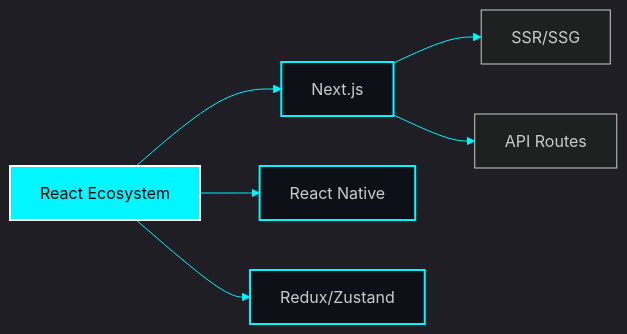
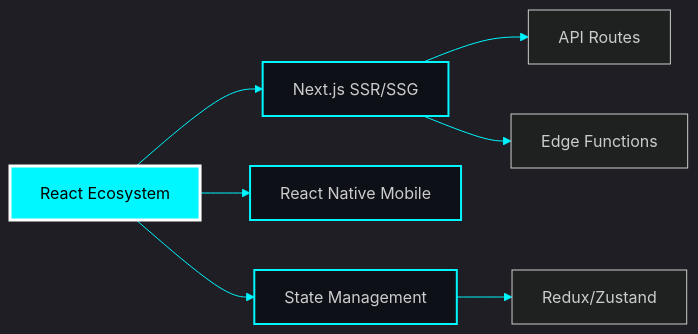
Before and after one commit to peashdasrudra/peashdasrudra: the first of 5 diagrams in README.md, drawn with Mermaid. The commit also changed other lines of this file, not shown here.

````diff
--- a/README.md
+++ b/README.md
@@ -141,13 +148,14 @@
 ```mermaid
 %%{init: {'theme':'dark', 'themeVariables': { 'primaryColor':'#00F7FF','primaryTextColor':'#fff','primaryBorderColor':'#00F7FF','lineColor':'#00F7FF','secondaryColor':'#1a1a1a','tertiaryColor':'#0D1117'}}}%%
 graph LR
-    A[React Ecosystem] --> B[Next.js]
-    A --> C[React Native]
-    A --> D[Redux/Zustand]
-    B --> E[SSR/SSG]
-    B --> F[API Routes]
-    style A fill:#00F7FF,stroke:#fff,stroke-width:2px,color:#000
+    A[React Ecosystem] --> B[Next.js SSR/SSG]
+    A --> C[React Native Mobile]
+    A --> D[State Management]
+    B --> E[API Routes]
+    B --> F[Edge Functions]
+    D --> G[Redux/Zustand]
+    style A fill:#00F7FF,stroke:#fff,stroke-width:3px,color:#000
     style B fill:#0D1117,stroke:#00F7FF,stroke-width:2px
     style C fill:#0D1117,stroke:#00F7FF,stroke-width:2px
     style D fill:#0D1117,stroke:#00F7FF,stroke-width:2px
 ```
````
